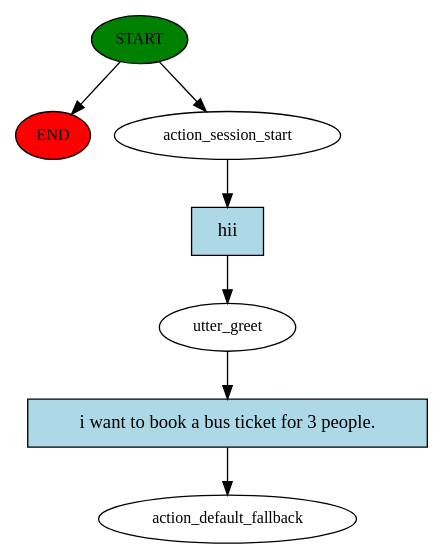
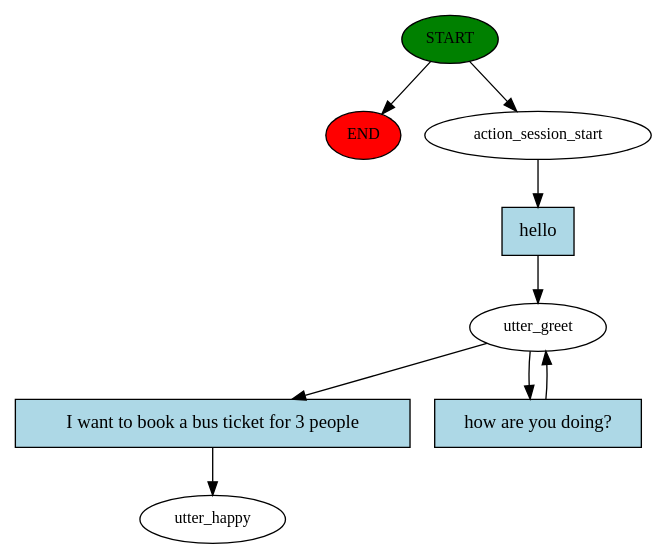
Before and after one commit to alex-toy/AI_Chatbots_Rasa: the diagram in story_graph.dot, drawn with Graphviz. The commit also changed 5 other files, not shown here.

```diff
--- a/story_graph.dot
+++ b/story_graph.dot
@@ -1,15 +1,18 @@
 digraph  {
 0 [class="start active", fillcolor=green, fontsize=12, label=START, style=filled];
 "-1" [class=end, fillcolor=red, fontsize=12, label=END, style=filled];
 1 [class=active, fontsize=12, label=action_session_start];
 2 [class=active, fontsize=12, label=utter_greet];
-3 [class="dashed active", fontsize=12, label=action_default_fallback];
-4 [class="intent active", fillcolor=lightblue, label=hii, shape=rect, style=filled];
-5 [class="intent active", fillcolor=lightblue, label="i want to book a bus ticket for 3 people.", shape=rect, style=filled];
+4 [class="dashed active", fontsize=12, label=utter_happy];
+5 [class="intent active", fillcolor=lightblue, label=hello, shape=rect, style=filled];
+6 [class="intent active", fillcolor=lightblue, label="I want to book a bus ticket for 3 people", shape=rect, style=filled];
+7 [class="intent active", fillcolor=lightblue, label="how are you doing?", shape=rect, style=filled];
 0 -> "-1"  [class="", key=NONE, label=""];
 0 -> 1  [class=active, key=NONE, label=""];
-1 -> 4  [class=active, key=0];
-2 -> 5  [class=active, key=0];
-4 -> 2  [class=active, key=0];
-5 -> 3  [class=active, key=0];
+1 -> 5  [class=active, key=0];
+2 -> 6  [class=active, key=0];
+2 -> 7  [class=active, key=0];
+5 -> 2  [class=active, key=0];
+6 -> 4  [class=active, key=0];
+7 -> 2  [class=active, key=0];
 }
```
